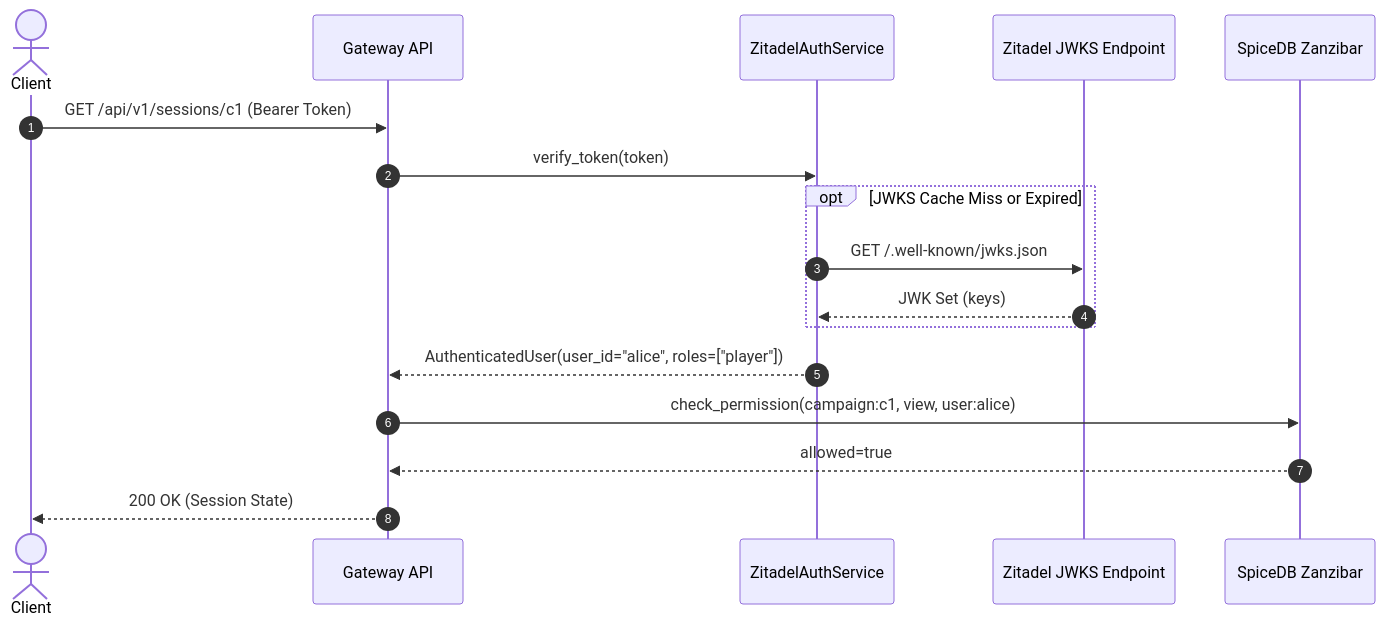
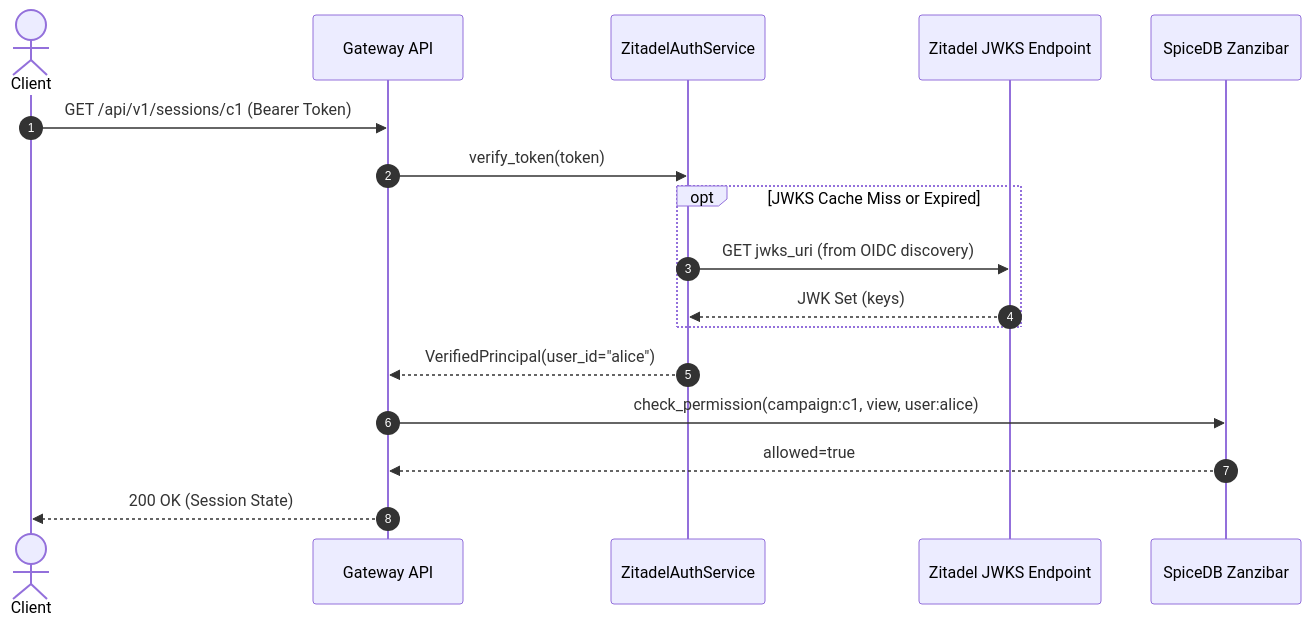
Before and after one commit to tyevans/runefoble: the diagram in docs/how-to/authenticate-with-zitadel-oidc.md, drawn with Mermaid. The commit also changed other lines of this file and 26 other files, not shown here.

First line of the commit message:
feat(task-0520): migrate gateway and settlement call sites to verified principal

````diff
--- a/docs/how-to/authenticate-with-zitadel-oidc.md
+++ b/docs/how-to/authenticate-with-zitadel-oidc.md
@@ -13,20 +16,20 @@
 ```mermaid
 sequenceDiagram
     autonumber
     actor Client
     participant GW as Gateway API
     participant ZS as ZitadelAuthService
     participant JWKS as Zitadel JWKS Endpoint
     participant SP as SpiceDB Zanzibar
 
     Client->>GW: GET /api/v1/sessions/c1 (Bearer Token)
     GW->>ZS: verify_token(token)
     opt JWKS Cache Miss or Expired
-        ZS->>JWKS: GET /.well-known/jwks.json
+        ZS->>JWKS: GET jwks_uri (from OIDC discovery)
         JWKS-->>ZS: JWK Set (keys)
     end
-    ZS-->>GW: AuthenticatedUser(user_id="alice", roles=["player"])
+    ZS-->>GW: VerifiedPrincipal(user_id="alice")
     GW->>SP: check_permission(campaign:c1, view, user:alice)
     SP-->>GW: allowed=true
     GW-->>Client: 200 OK (Session State)
 ```
````
